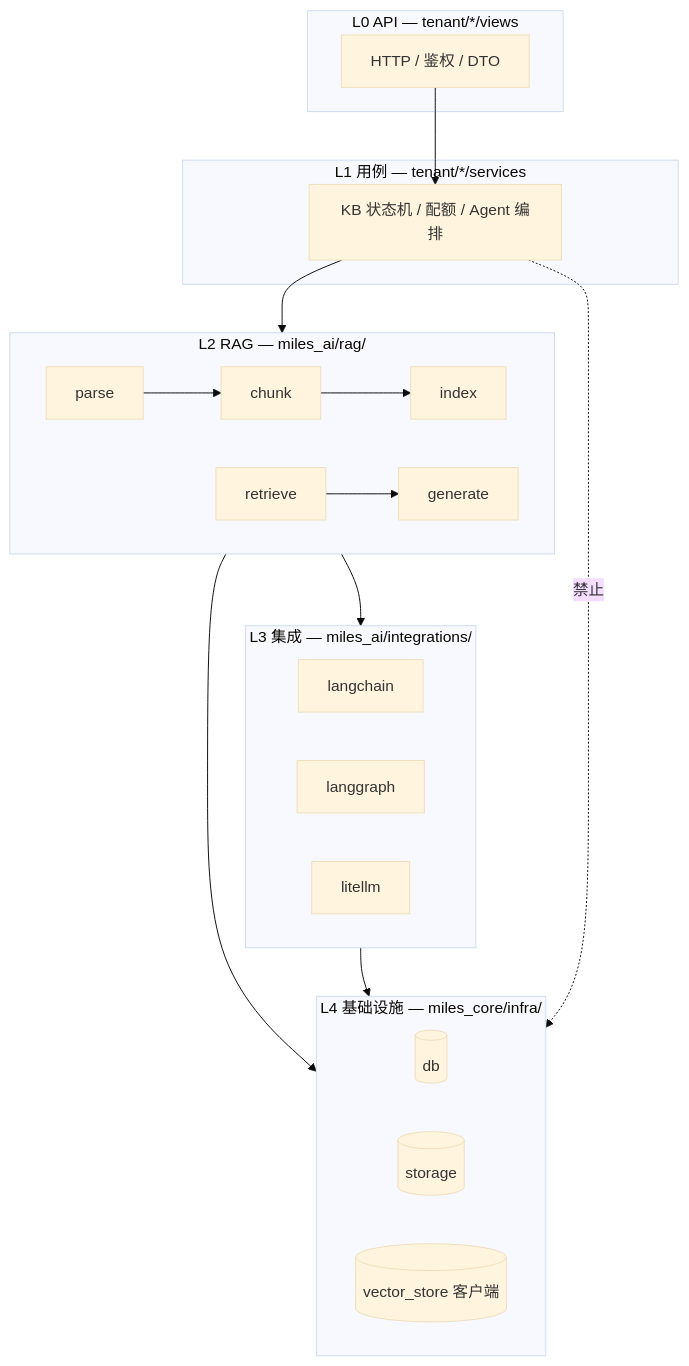
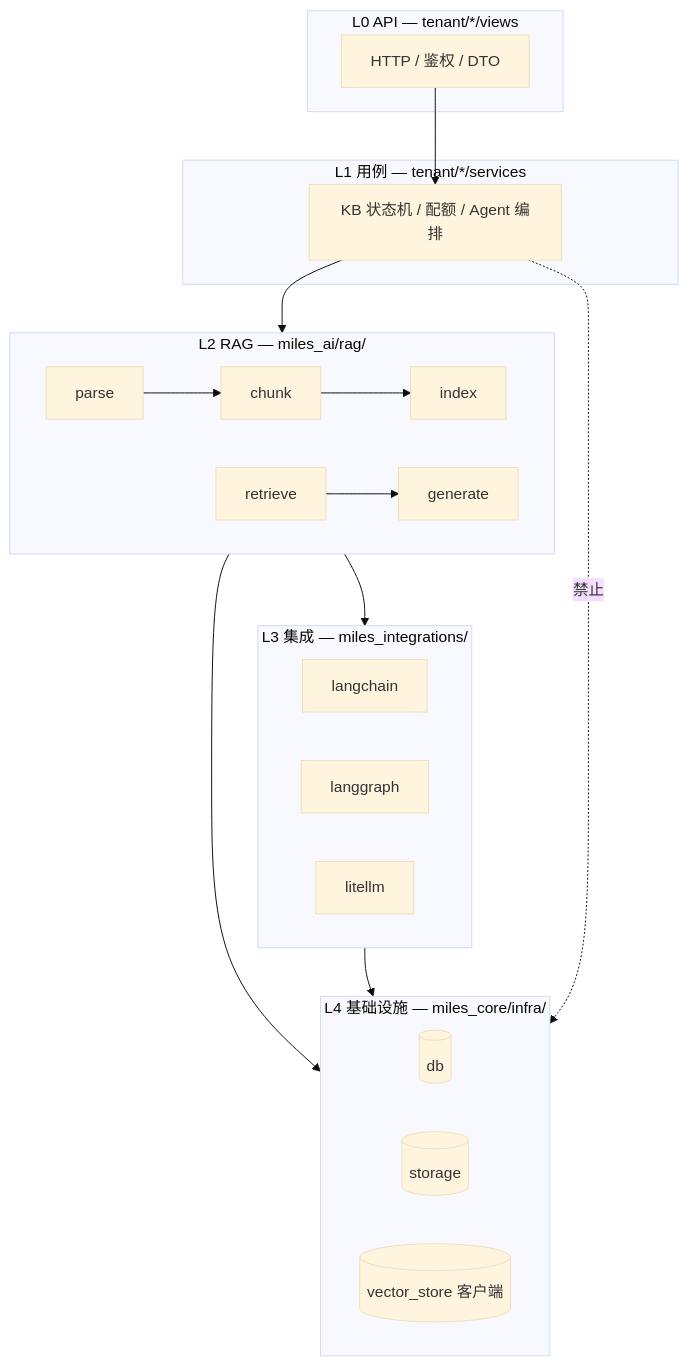
Before and after one commit to miles-ai-saas/MilesAi: the first of 2 diagrams in docs/architecture/layering.md, drawn with Mermaid (base theme). The commit also changed other lines of this file and 14 other files, not shown here.

````diff
--- a/docs/architecture/layering.md
+++ b/docs/architecture/layering.md
@@ -22,39 +22,39 @@
 ```mermaid
 flowchart TB
     subgraph L0["L0 API — tenant/*/views"]
         API[HTTP / 鉴权 / DTO]
     end
 
     subgraph L1["L1 用例 — tenant/*/services"]
         UC[KB 状态机 / 配额 / Agent 编排]
     end
 
     subgraph L2["L2 RAG — miles_ai/rag/"]
         P[parse]
         C[chunk]
         I[index]
         R[retrieve]
         G[generate]
         P --> C --> I
         R --> G
     end
 
-    subgraph L3["L3 集成 — miles_ai/integrations/"]
+    subgraph L3["L3 集成 — miles_integrations/"]
         LC[langchain]
         LG[langgraph]
         LLM[litellm]
     end
 
     subgraph L4["L4 基础设施 — miles_core/infra/"]
         DB[(db)]
         OSS[(storage)]
         VS[(vector_store 客户端)]
     end
 
     API --> UC
     UC --> L2
     L2 --> L3
     L2 --> L4
     L3 --> L4
     UC -.->|禁止| L4
 ```
````
